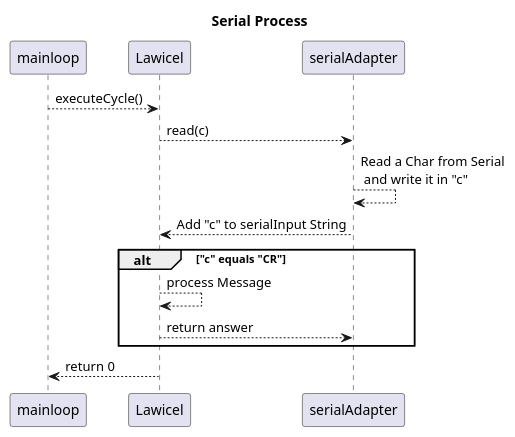
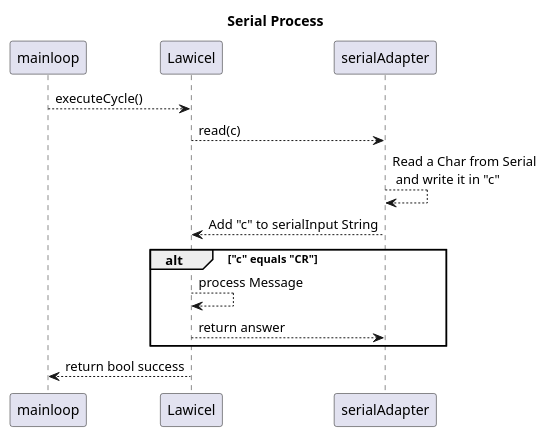
The diagram in Coding/fw/doc/design/serialProcess.plantuml (NewTec-GmbH/esp32-can-iot), drawn with PlantUML before and after one commit. The commit also changed 1 other file, not shown here.

Commit message:
Added Mainloop sequence diagram. Changed return type in serial process diag.

```diff
--- a/Coding/fw/doc/design/serialProcess.plantuml
+++ b/Coding/fw/doc/design/serialProcess.plantuml
@@ -1,16 +1,16 @@
 @startuml
 
 Title Serial Process
 skinparam responseMessageBelowArrow true
 mainloop --> Lawicel : executeCycle()
 Lawicel --> serialAdapter : read(c)
 serialAdapter --> serialAdapter : Read a Char from Serial \n and write it in "c"
 serialAdapter --> Lawicel : Add "c" to serialInput String
 
 alt "c" equals "CR"
     Lawicel --> Lawicel : process Message
     Lawicel --> serialAdapter : return answer
 end
-Lawicel --> mainloop : return 0
+Lawicel --> mainloop : return bool success
 
 @enduml
```
